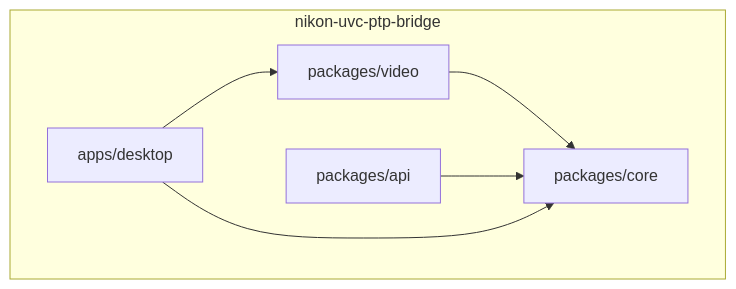
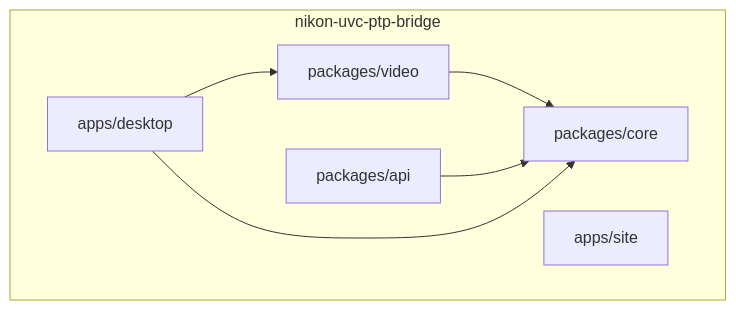
One commit to AMDphreak/nikon-camera-bridge changed the third of 4 diagrams in README.md. Above: the diagram before and after it, drawn with Mermaid. The commit also changed other lines of this file and 20 other files, not shown here.

````diff
--- a/README.md
+++ b/README.md
@@ -70,13 +91,14 @@
 ```mermaid
 flowchart TB
   subgraph repo["nikon-uvc-ptp-bridge"]
     pkg_core["packages/core"]
     pkg_video["packages/video"]
     pkg_api["packages/api"]
     app_gui["apps/desktop"]
+    app_site["apps/site"]
   end
   pkg_video --> pkg_core
   pkg_api --> pkg_core
   app_gui --> pkg_core
   app_gui --> pkg_video
 ```
````
